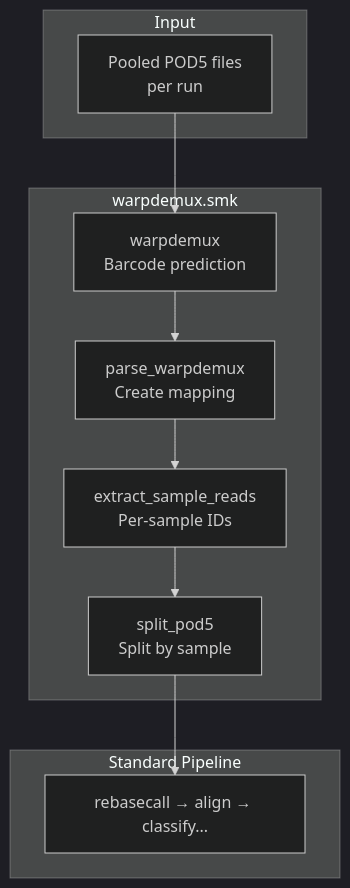
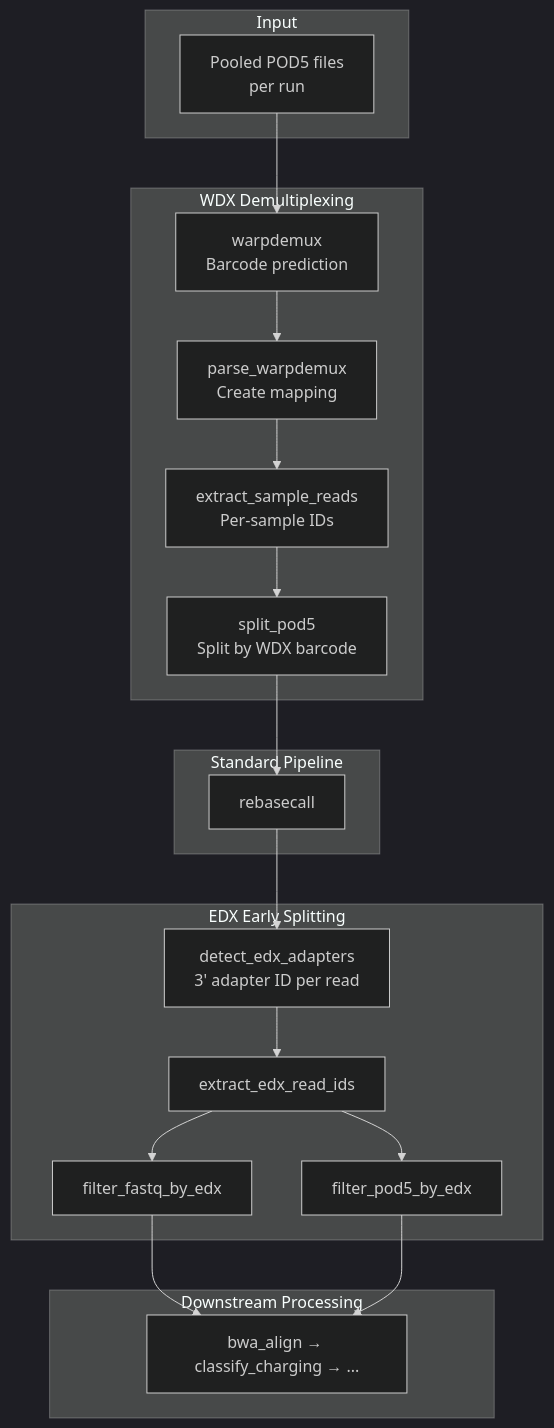
The third of 3 diagrams in docs/workflow/overview.md (rnabioco/aa-tRNA-seq-pipeline), drawn with Mermaid (dark theme) before and after one commit. The commit also changed other lines of this file and 16 other files, not shown here.

First line of the commit message:
feat: move EDX demultiplexing before alignment, add demux QC report section

````diff
--- a/docs/workflow/overview.md
+++ b/docs/workflow/overview.md
@@ -98,19 +98,32 @@
 ```mermaid
 flowchart TB
     subgraph Input
         A[Pooled POD5 files<br/>per run]
     end
 
-    subgraph Demux[warpdemux.smk]
+    subgraph WDX[WDX Demultiplexing]
         B[warpdemux<br/>Barcode prediction]
         C[parse_warpdemux<br/>Create mapping]
         D[extract_sample_reads<br/>Per-sample IDs]
-        E[split_pod5<br/>Split by sample]
+        E[split_pod5<br/>Split by WDX barcode]
     end
 
     subgraph Standard[Standard Pipeline]
-        F[rebasecall → align → classify...]
+        F[rebasecall]
     end
 
-    A --> B --> C --> D --> E --> F
+    subgraph EDX[EDX Early Splitting]
+        G[detect_edx_adapters<br/>3' adapter ID per read]
+        H[extract_edx_read_ids]
+        I[filter_fastq_by_edx]
+        J[filter_pod5_by_edx]
+    end
+
+    subgraph Downstream[Downstream Processing]
+        K[bwa_align → classify_charging → ...]
+    end
+
+    A --> B --> C --> D --> E --> F --> G --> H
+    H --> I --> K
+    H --> J --> K
 ```
````
